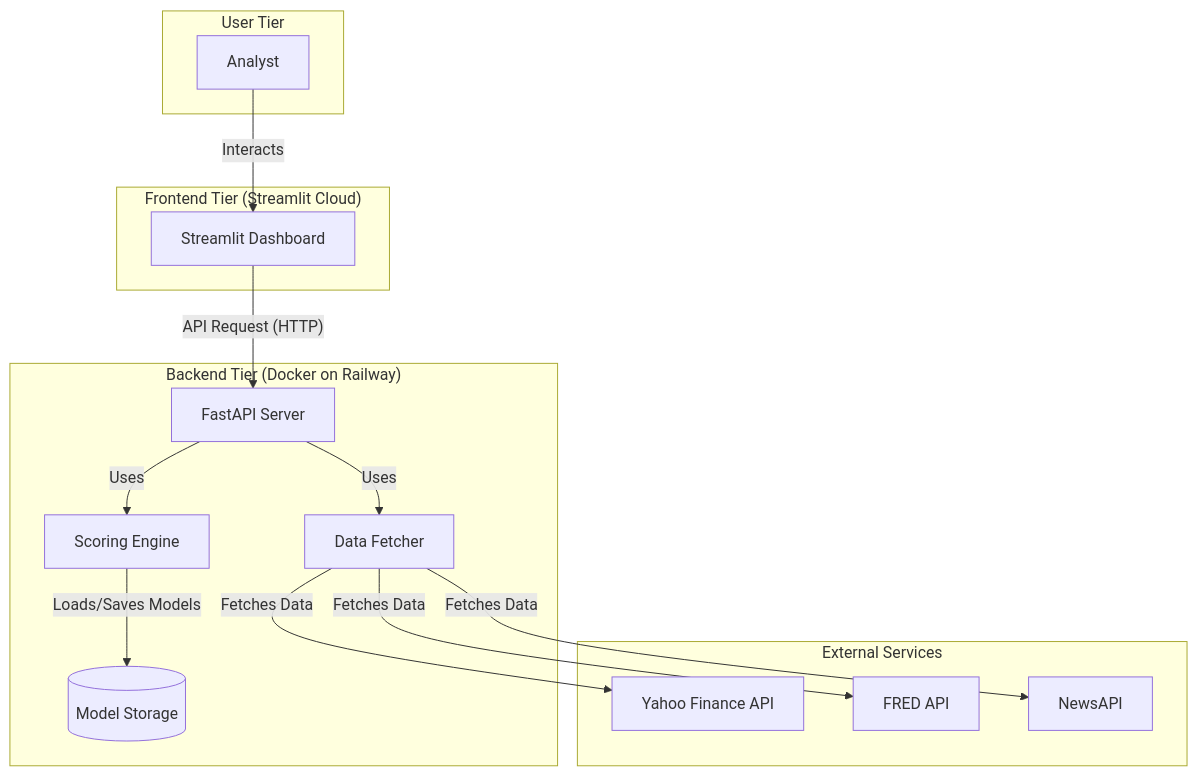
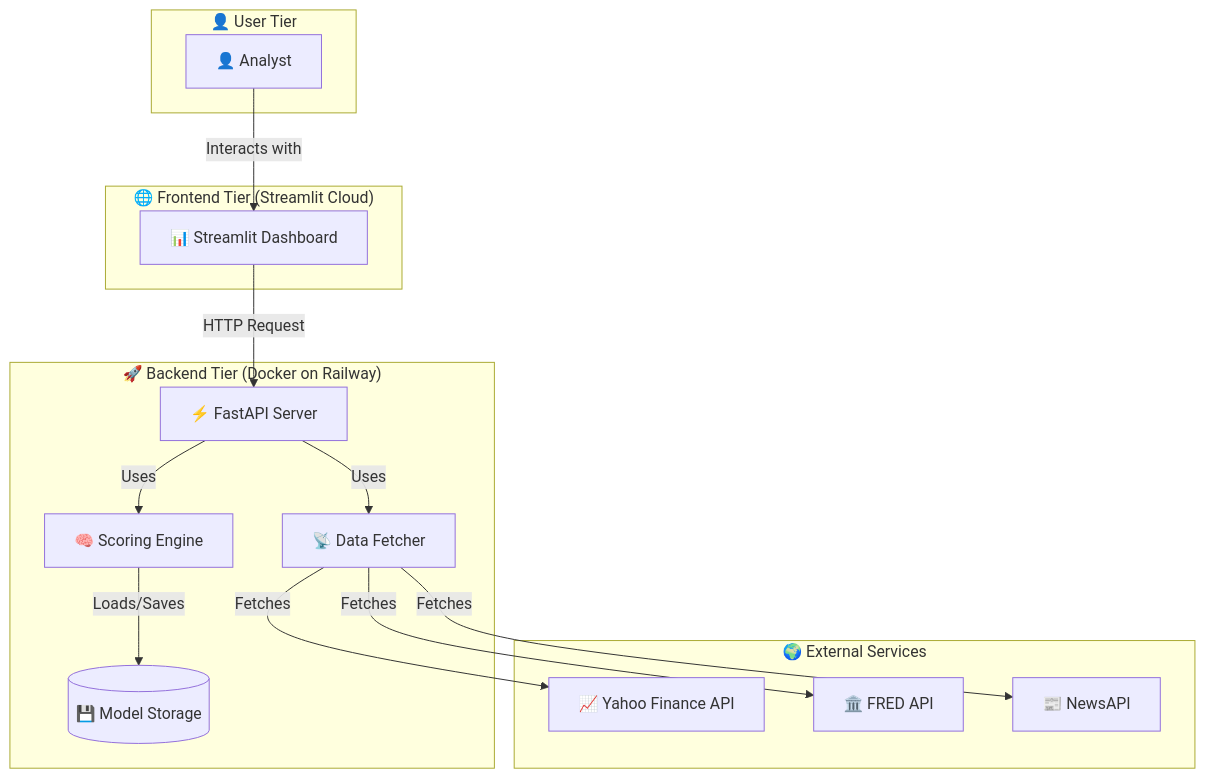
One commit to HarshitKumawat09/Credit-Intelligence-Platform changed the diagram in README.md. Above: the diagram before and after it, drawn with Mermaid.

````diff
--- a/README.md
+++ b/README.md
@@ -74,32 +74,32 @@
 ```mermaid
 graph TD
-    subgraph "User Tier"
-        User[Analyst]
+    subgraph "👤 User Tier"
+        User[👤 Analyst]
     end
 
-    subgraph "Frontend Tier (Streamlit Cloud)"
-        Frontend[Streamlit Dashboard]
+    subgraph "🌐 Frontend Tier (Streamlit Cloud)"
+        Frontend[📊 Streamlit Dashboard]
     end
 
-    subgraph "Backend Tier (Docker on Railway)"
-        BackendAPI[FastAPI Server]
-        ScoringEngine[Scoring Engine]
-        DataFetcher[Data Fetcher]
-        ModelStore[(Model Storage)]
+    subgraph "🚀 Backend Tier (Docker on Railway)"
+        BackendAPI[⚡ FastAPI Server]
+        ScoringEngine[🧠 Scoring Engine]
+        DataFetcher[📡 Data Fetcher]
+        ModelStore[(💾 Model Storage)]
     end
 
-    subgraph "External Services"
-        YFinanceAPI[Yahoo Finance API]
-        FRED_API[FRED API]
-        NewsAPI[NewsAPI]
+    subgraph "🌍 External Services"
+        YFinanceAPI[📈 Yahoo Finance API]
+        FRED_API[🏛️ FRED API]
+        NewsAPI[📰 NewsAPI]
     end
 
-    User -- "Interacts" --> Frontend
-    Frontend -- "API Request (HTTP)" --> BackendAPI
+    User -- "Interacts with" --> Frontend
+    Frontend -- "HTTP Request" --> BackendAPI
     BackendAPI -- "Uses" --> DataFetcher
     BackendAPI -- "Uses" --> ScoringEngine
-    ScoringEngine -- "Loads/Saves Models" --> ModelStore
-    DataFetcher -- "Fetches Data" --> YFinanceAPI
-    DataFetcher -- "Fetches Data" --> FRED_API
-    DataFetcher -- "Fetches Data" --> NewsAPI
+    ScoringEngine -- "Loads/Saves" --> ModelStore
+    DataFetcher -- "Fetches" --> YFinanceAPI
+    DataFetcher -- "Fetches" --> FRED_API
+    DataFetcher -- "Fetches" --> NewsAPI
 ```
````
